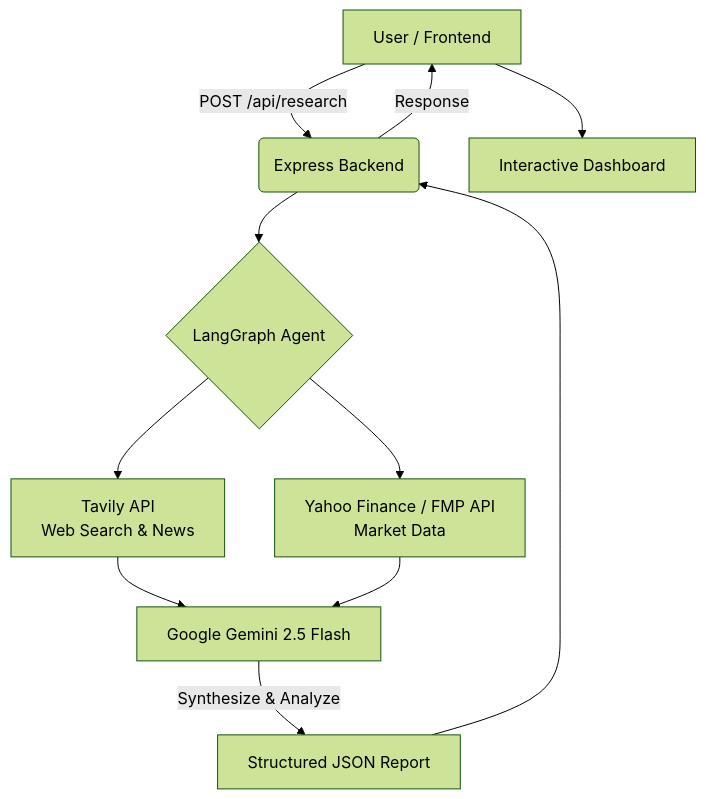
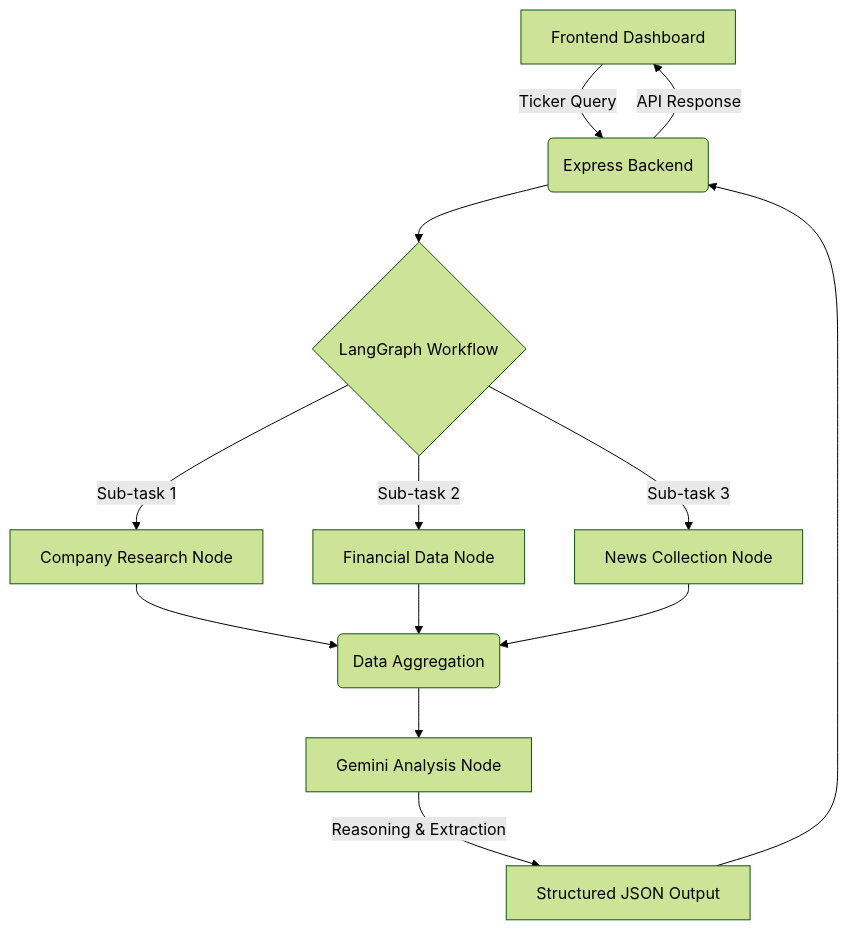
The diagram in README.md (ShivangChaurasia/AlphaLens), drawn with Mermaid (forest theme) before and after one commit. The commit also changed other lines of this file, not shown here.

````diff
--- a/README.md
+++ b/README.md
@@ -71,13 +107,18 @@
 ```mermaid
 graph TD
-    A[User / Frontend] -->|POST /api/research| B(Express Backend)
-    B --> C{LangGraph Agent}
-    C --> D[Tavily API <br> Web Search & News]
-    C --> E[Yahoo Finance / FMP API <br> Market Data]
-    D --> F[Google Gemini 2.5 Flash]
-    E --> F
-    F -->|Synthesize & Analyze| G[Structured JSON Report]
-    G --> B
-    B -->|Response| A
-    A --> H[Interactive Dashboard]
+    A[Frontend Dashboard] -->|Ticker Query| B(Express Backend)
+    B --> C{LangGraph Workflow}
+    
+    C -->|Sub-task 1| D[Company Research Node]
+    C -->|Sub-task 2| E[Financial Data Node]
+    C -->|Sub-task 3| F[News Collection Node]
+    
+    D --> G(Data Aggregation)
+    E --> G
+    F --> G
+    
+    G --> H[Gemini Analysis Node]
+    H -->|Reasoning & Extraction| I[Structured JSON Output]
+    I --> B
+    B -->|API Response| A
 ```
````
